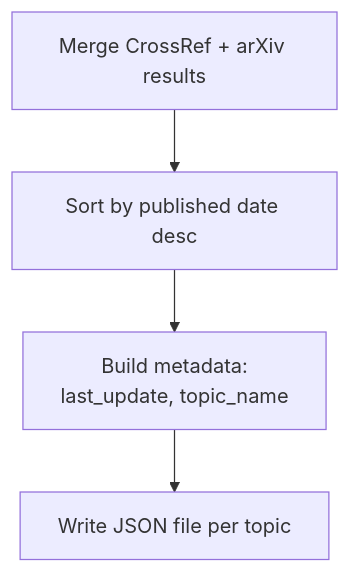
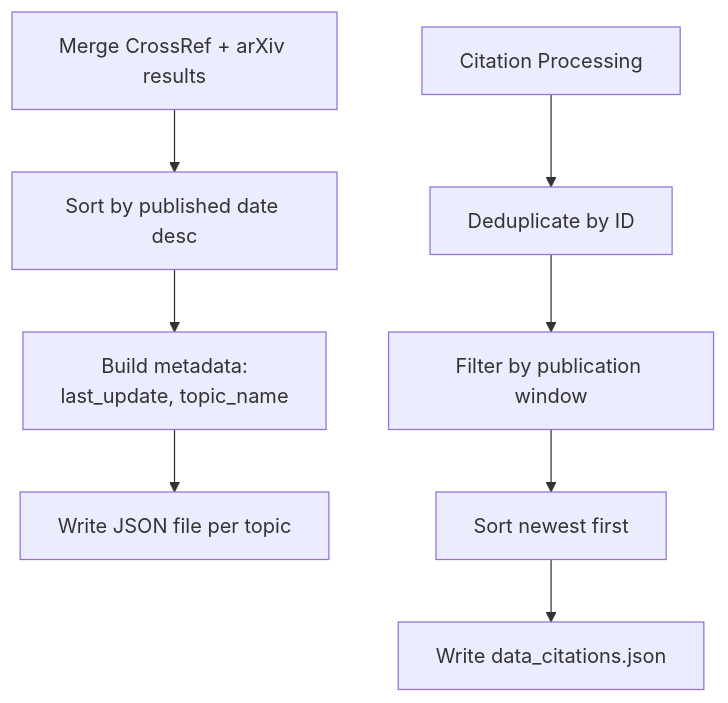
Diagram 15 of 20 in .qoder/repowiki/en/content/Core Components/Paper Collection Engine.md (junxie01/cryoseismology_papers), drawn with Mermaid before and after one commit. The commit also changed other lines of this file and 12 other files, not shown here.

````diff
--- a/.qoder/repowiki/en/content/Core Components/Paper Collection Engine.md
+++ b/.qoder/repowiki/en/content/Core Components/Paper Collection Engine.md
@@ -364,6 +516,10 @@
 ```mermaid
 flowchart TD
 Merge["Merge CrossRef + arXiv results"] --> Sort["Sort by published date desc"]
 Sort --> BuildMeta["Build metadata:<br/>last_update, topic_name"]
 BuildMeta --> Write["Write JSON file per topic"]
+CitationProcess["Citation Processing"] --> Dedupe["Deduplicate by ID"]
+Dedupe --> FilterWindow["Filter by publication window"]
+FilterWindow --> SortCitations["Sort newest first"]
+SortCitations --> WriteCitations["Write data_citations.json"]
 ```
````
